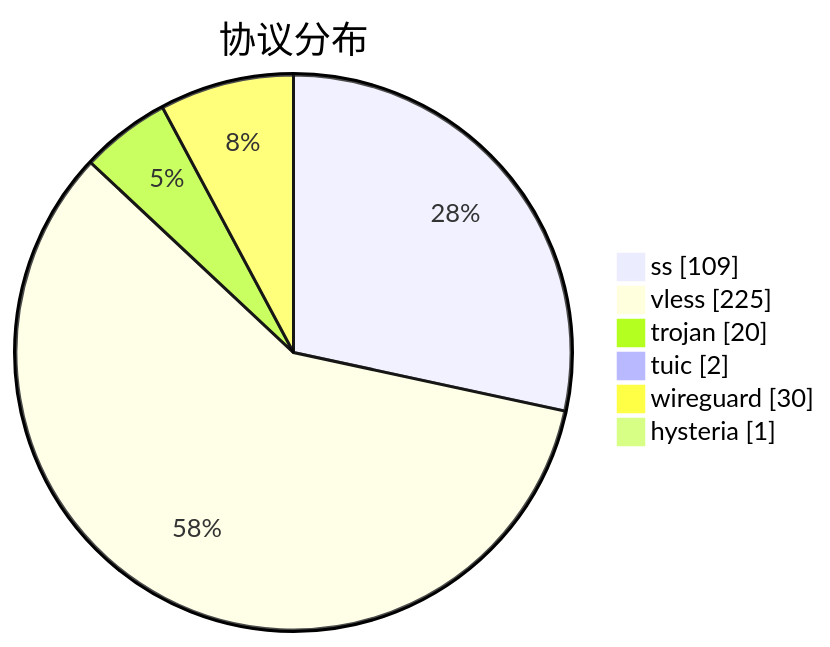
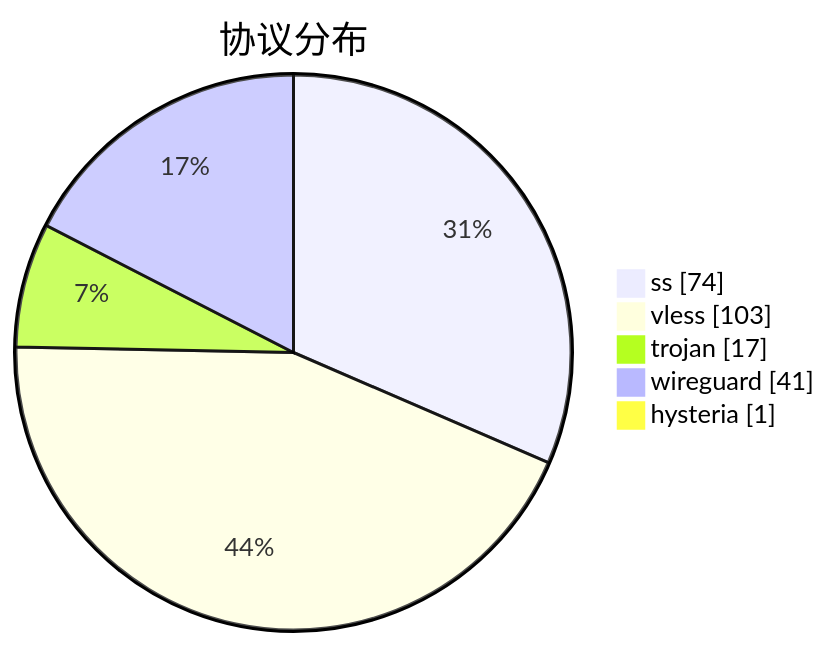
The third of 3 diagrams in subs/statistics/tested_within.md (qjlxg/airport), drawn with Mermaid before and after one commit. The commit also changed other lines of this file and 2 other files, not shown here.

````diff
--- a/subs/statistics/tested_within.md
+++ b/subs/statistics/tested_within.md
@@ -35,10 +27,9 @@
 ```mermaid
 pie showData
 title 协议分布
-"ss" : 109
-"vless" : 225
-"trojan" : 20
-"tuic" : 2
-"wireguard" : 30
+"ss" : 74
+"vless" : 103
+"trojan" : 17
+"wireguard" : 41
 "hysteria" : 1
 ```
````
